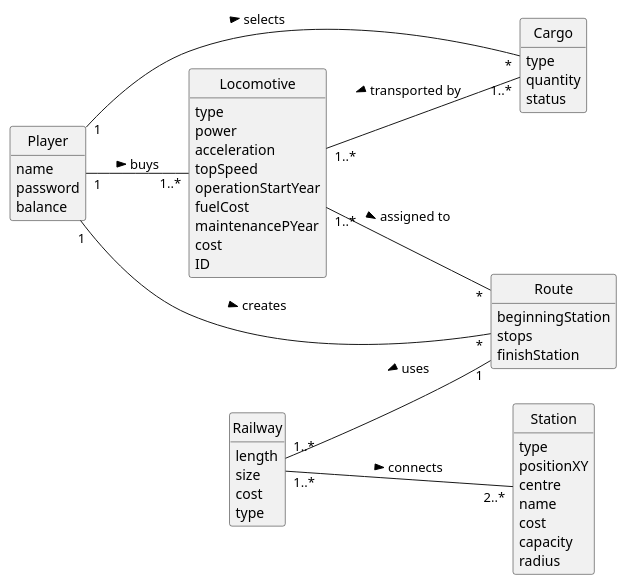
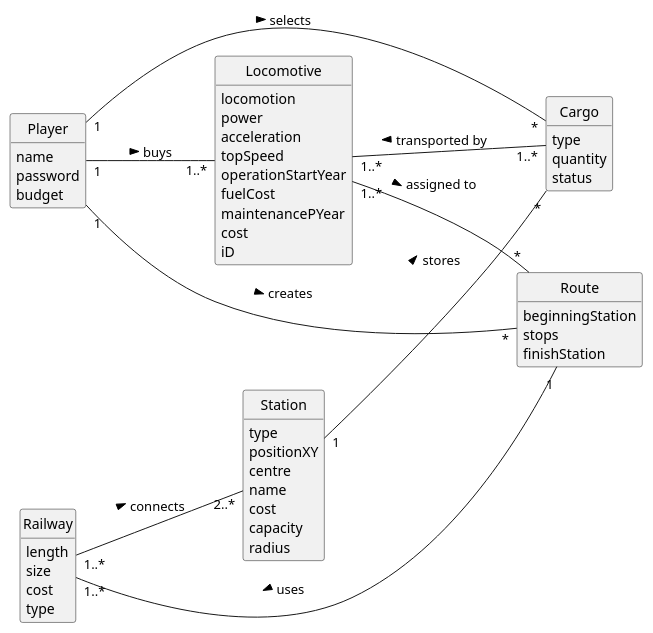
The diagram in docsFinais/US010/02.analysis/puml/US010-DM.puml (1240935/pi2-railway-simulator), drawn with PlantUML before and after one commit. The commit also changed 118 other files, not shown here.

```diff
--- a/docsFinais/US010/02.analysis/puml/US010-DM.puml
+++ b/docsFinais/US010/02.analysis/puml/US010-DM.puml
@@ -1,67 +1,69 @@
 @startuml
 skinparam monochrome true
 skinparam packageStyle rectangle
 skinparam shadowing false
 'skinparam linetype ortho
 'left to right direction
 skinparam classAttributeIconSize 0
 hide circle
 hide methods
 
 left to right direction
 
 class Player {
     name
     password
-    balance
+    budget
 }
 
 class Locomotive {
-    type
+    locomotion
     power
     acceleration
     topSpeed
     operationStartYear
     fuelCost
     maintenancePYear
     cost
-    ID
+    iD
 }
 
 class Route {
     beginningStation
     stops
     finishStation
 }
 
 class Station {
     type
     positionXY
     centre
     name
     cost
     capacity
     radius
 }
 
 class Cargo {
     type
     quantity
     status
 }
 
 class Railway{
     length
     size
     cost
     type
 }
 
 Player "1" -- "*" Route : creates >
 Player "1" -- "*"  Cargo : selects >
 Player "1" -- "1..*" Locomotive : buys >
 Railway "1..*" -- "2..*" Station : connects >
 Locomotive "1..*" -- "*" Route : assigned to >
 Locomotive "1..*" -- "1..*" Cargo : transported by <
 Railway "1..*" -- "1" Route: uses <
+Station "1" -- "*" Cargo : stores >
+
 @enduml
```
